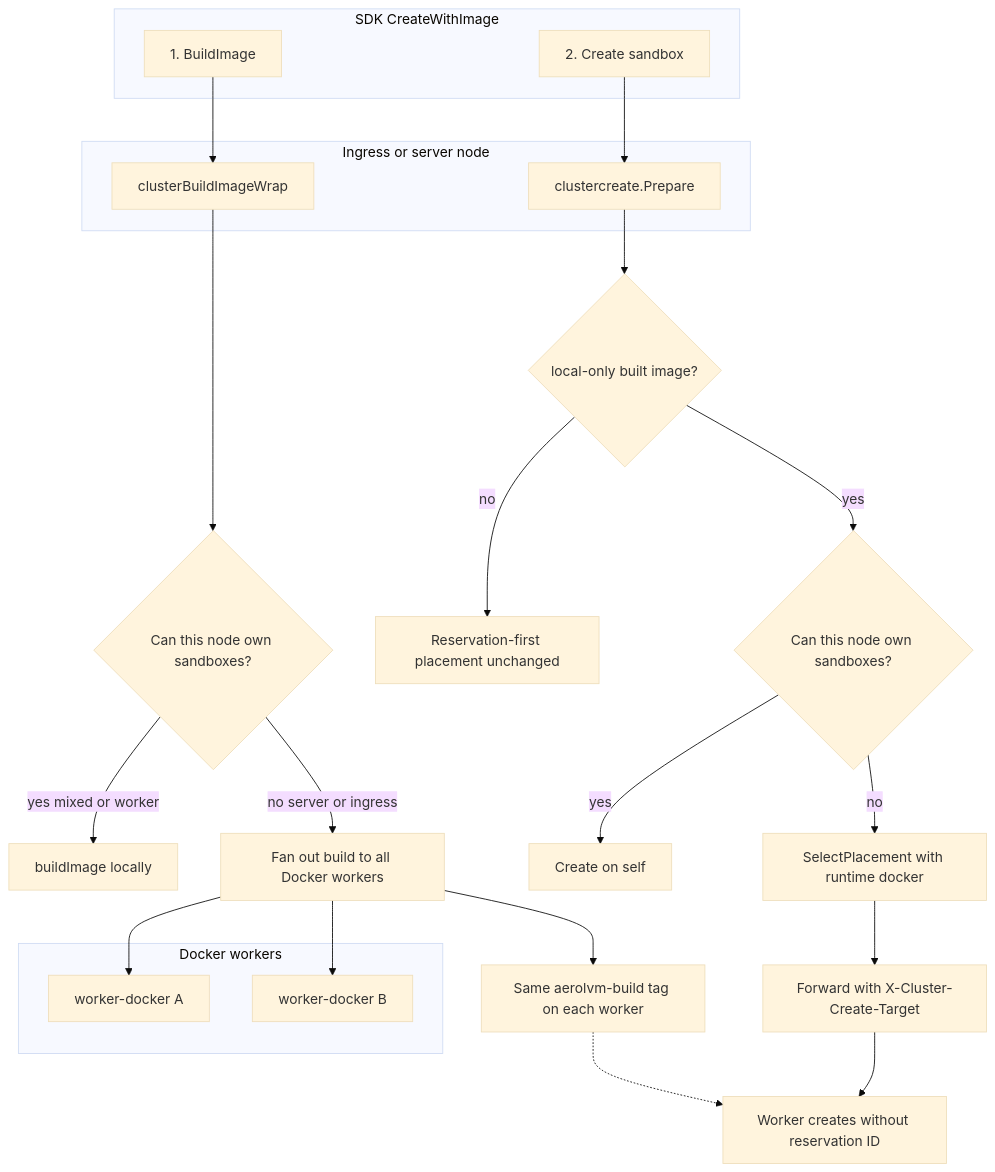
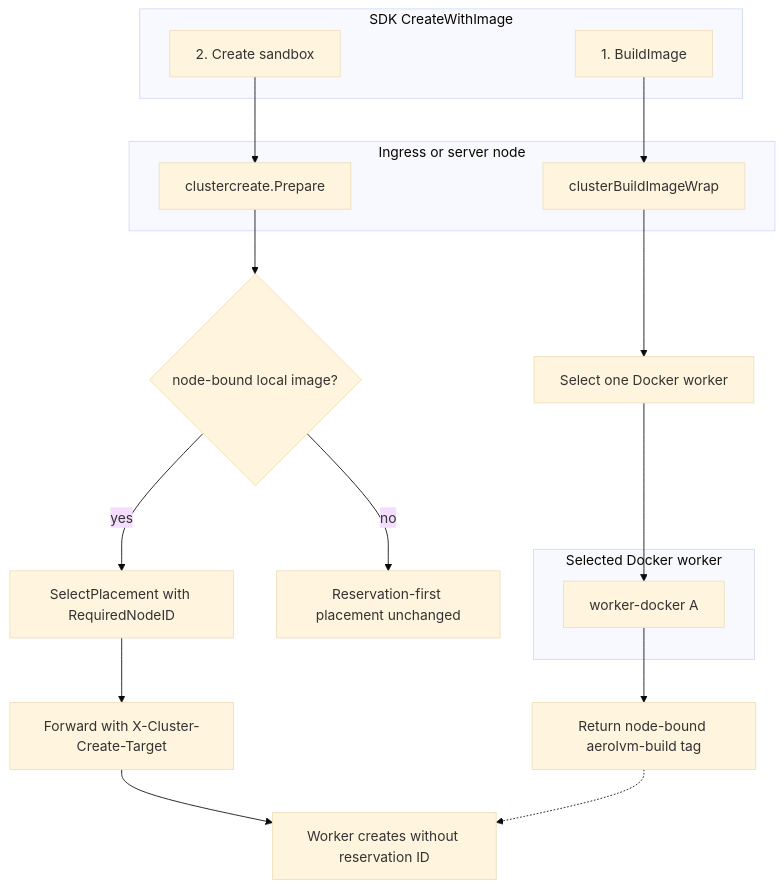
Before and after one commit to aerol-ai/microvm: the first of 2 diagrams in pr-review.md, drawn with Mermaid (base theme). The commit also changed other lines of this file and 67 other files, not shown here.

````diff
--- a/pr-review.md
+++ b/pr-review.md
@@ -195,35 +197,29 @@
 ```mermaid
 flowchart TB
     subgraph sdk["SDK CreateWithImage"]
         S1["1. BuildImage"]
         S2["2. Create sandbox"]
     end
 
     subgraph ingress["Ingress or server node"]
         BW["clusterBuildImageWrap"]
         CP["clustercreate.Prepare"]
     end
 
-    subgraph workers["Docker workers"]
+    subgraph workers["Selected Docker worker"]
         W1["worker-docker A"]
-        W2["worker-docker B"]
     end
 
     S1 --> BW
-    BW --> RoleQ{"Can this node own sandboxes?"}
-    RoleQ -->|yes mixed or worker| LocalB["buildImage locally"]
-    RoleQ -->|no server or ingress| Fanout["Fan out build to all Docker workers"]
-    Fanout --> W1
-    Fanout --> W2
-    Fanout --> Tag["Same aerolvm-build tag on each worker"]
+    BW --> BuildPlace["Select one Docker worker"]
+    BuildPlace --> W1
+    W1 --> Tag["Return node-bound aerolvm-build tag"]
 
     S2 --> CP
-    CP --> LocalQ{"local-only built image?"}
+    CP --> LocalQ{"node-bound local image?"}
     LocalQ -->|no| Normal["Reservation-first placement unchanged"]
-    LocalQ -->|yes| OwnQ{"Can this node own sandboxes?"}
-    OwnQ -->|yes| SelfC["Create on self"]
-    OwnQ -->|no| Place["SelectPlacement with runtime docker"]
+    LocalQ -->|yes| Place["SelectPlacement with RequiredNodeID"]
     Place --> Fwd["Forward with X-Cluster-Create-Target"]
     Fwd --> WorkerC["Worker creates without reservation ID"]
     Tag -.-> WorkerC
 ```
````
